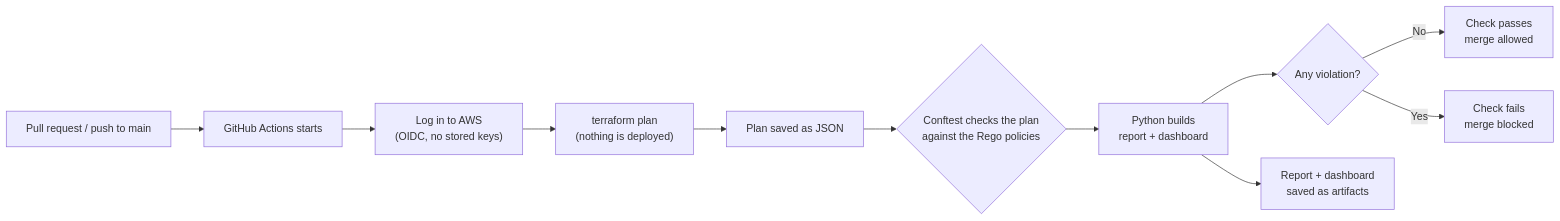
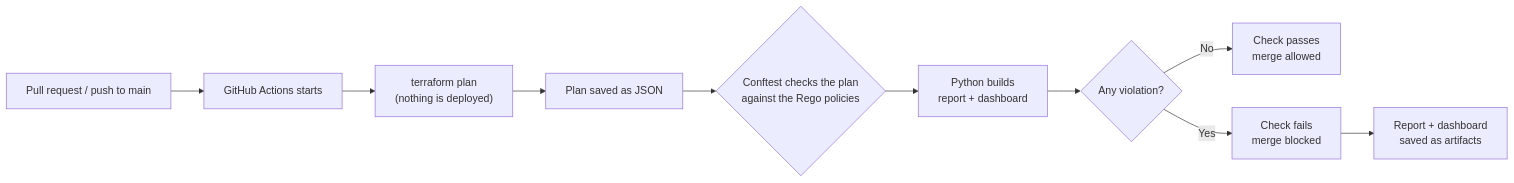
One commit to zainabthaa/compliance-as-code-pipeline changed the diagram in README.md. Above: the diagram before and after it, drawn with Mermaid.

Commit message:
Add comments and update README

````diff
--- a/README.md
+++ b/README.md
@@ -15,13 +15,12 @@
 ```mermaid
 flowchart LR
     A["Pull request / push to main"] --> B["GitHub Actions starts"]
-    B --> C["Log in to AWS<br/>(OIDC, no stored keys)"]
-    C --> D["terraform plan<br/>(nothing is deployed)"]
-    D --> E["Plan saved as JSON"]
-    E --> F{"Conftest checks the plan<br/>against the Rego policies"}
-    F --> G["Python builds<br/>report + dashboard"]
-    G --> H{"Any violation?"}
-    H -- "No" --> I["Check passes<br/>merge allowed"]
-    H -- "Yes" --> J["Check fails<br/>merge blocked"]
-    G --> K["Report + dashboard<br/>saved as artifacts"]
+    B --> C["terraform plan<br/>(nothing is deployed)"]
+    C --> D["Plan saved as JSON"]
+    D --> E{"Conftest checks the plan<br/>against the Rego policies"}
+    E --> F["Python builds<br/>report + dashboard"]
+    F --> G{"Any violation?"}
+    G -- "No" --> H["Check passes<br/>merge allowed"]
+    G -- "Yes" --> I["Check fails<br/>merge blocked"]
+    I --> J["Report + dashboard<br/>saved as artifacts"]
 ```
````
